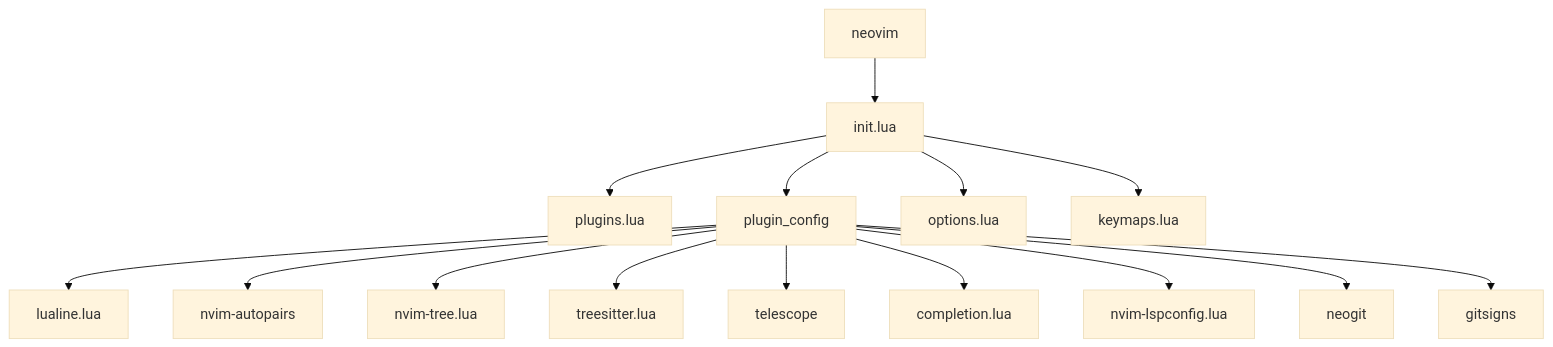
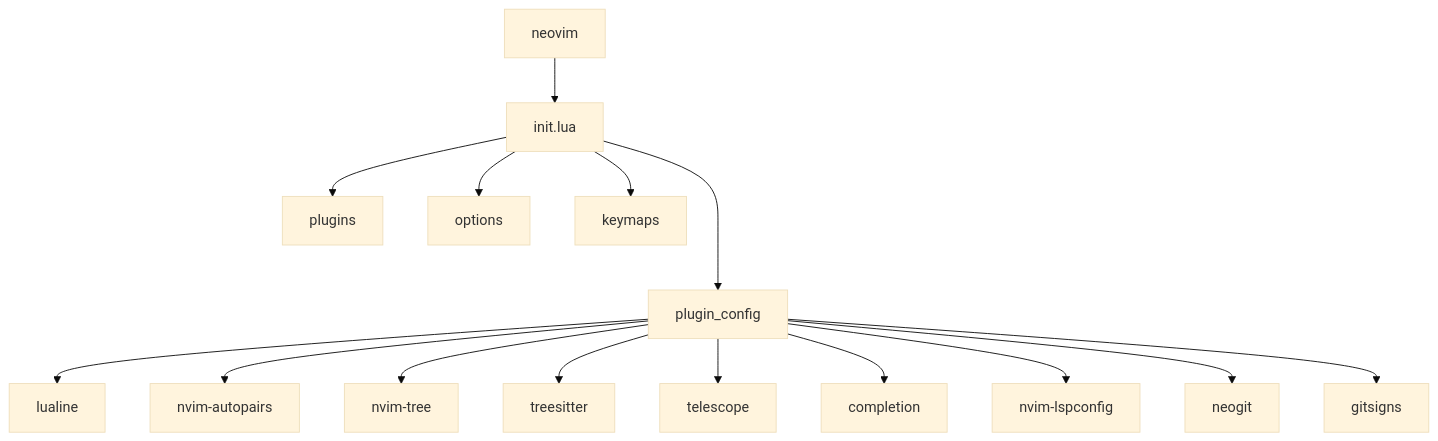
The diagram in README.md (jpnt/nvim-config), drawn with Mermaid (base theme) before and after one commit.

````diff
--- a/README.md
+++ b/README.md
@@ -38,19 +38,19 @@
 ```mermaid
 graph TD;
     neovim-->init.lua;
 
-    init.lua-->plugins.lua;
-    init.lua-->plugin_config;
-    init.lua-->options.lua;
-    init.lua-->keymaps.lua;
+    init.lua-->plugins;
+    init.lua--->plugin_config;
+    init.lua-->options;
+    init.lua-->keymaps;
 
-    plugin_config-->lualine.lua;
+    plugin_config-->lualine;
     plugin_config-->nvim-autopairs;
-    plugin_config-->nvim-tree.lua;
-    plugin_config-->treesitter.lua;
+    plugin_config-->nvim-tree;
+    plugin_config-->treesitter;
     plugin_config-->telescope;
-    plugin_config-->completion.lua;
-    plugin_config-->nvim-lspconfig.lua;
+    plugin_config-->completion;
+    plugin_config-->nvim-lspconfig;
     plugin_config-->neogit;
     plugin_config-->gitsigns;
 ```
````
